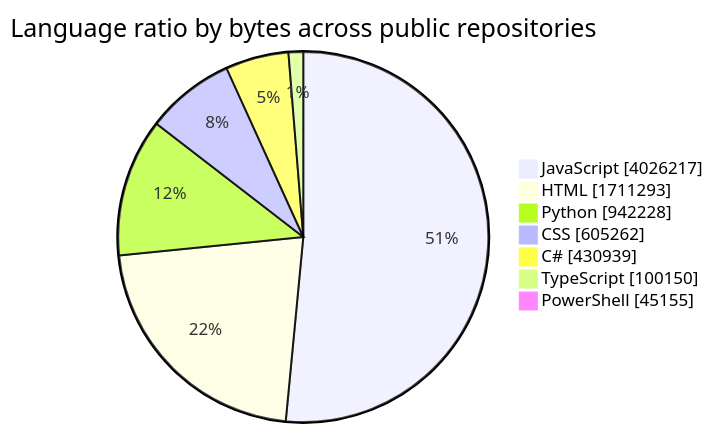
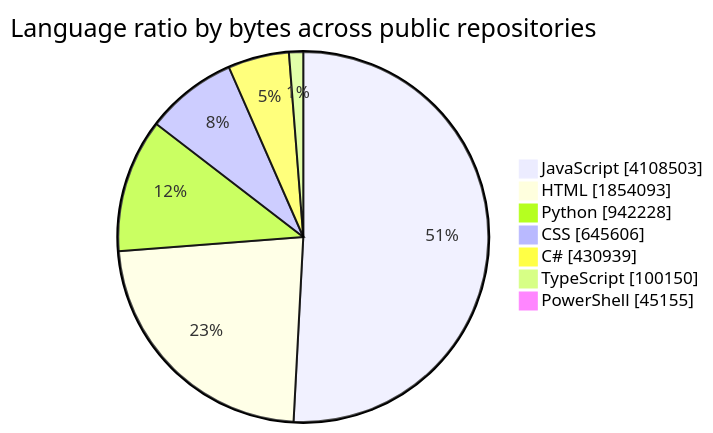
Before and after one commit to tchinso/tchinso: the first of 2 diagrams in README.md, drawn with Mermaid. The commit also changed other lines of this file, not shown here.

````diff
--- a/README.md
+++ b/README.md
@@ -24,11 +24,11 @@
 ```mermaid
 pie showData
     title Language ratio by bytes across public repositories
-    "JavaScript" : 4026217
-    "HTML" : 1711293
+    "JavaScript" : 4108503
+    "HTML" : 1854093
     "Python" : 942228
-    "CSS" : 605262
+    "CSS" : 645606
     "C#" : 430939
     "TypeScript" : 100150
     "PowerShell" : 45155
 ```
````
